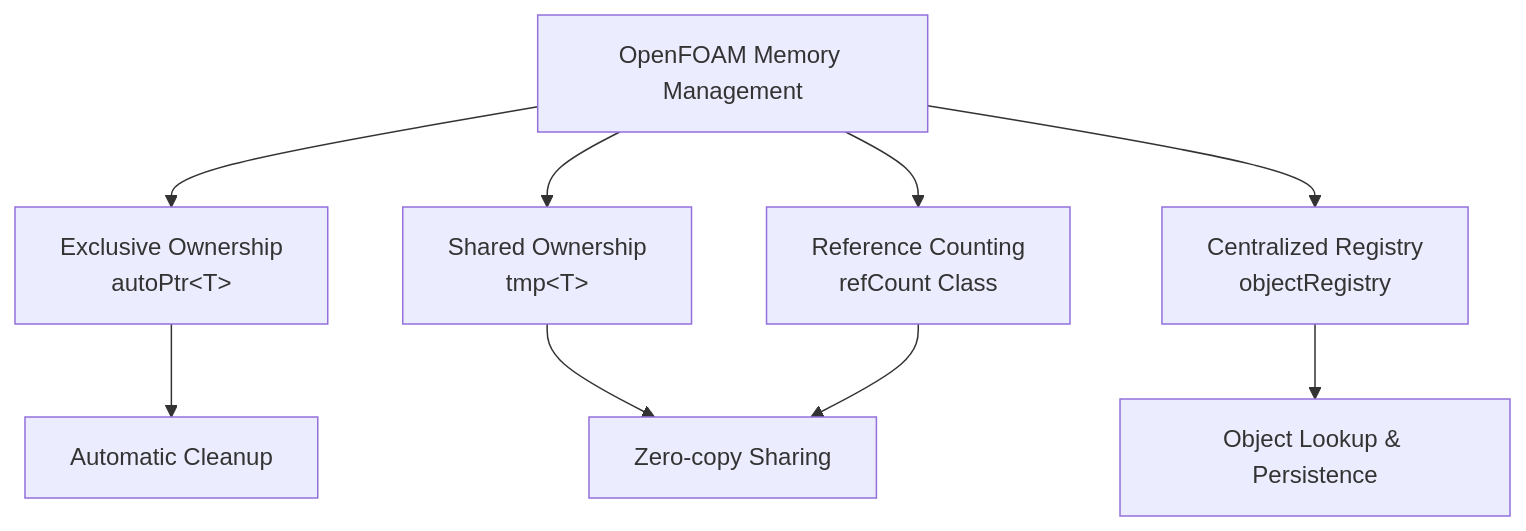
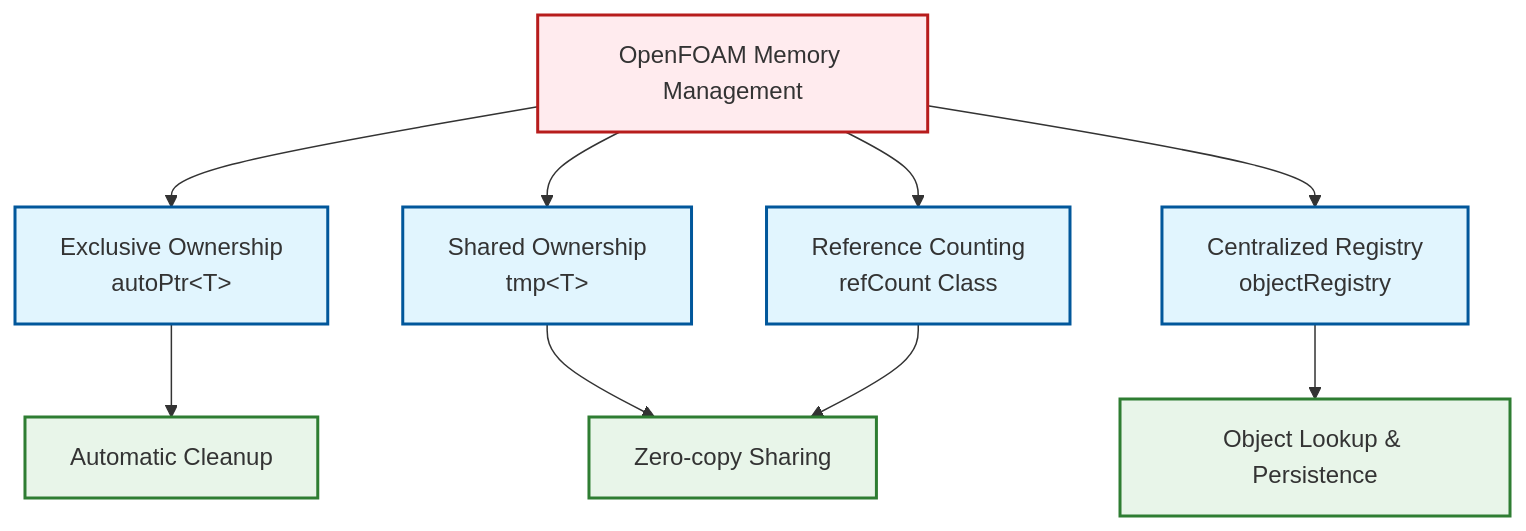
Before and after one commit to wramet/build-my-cfd: the diagram in MODULE_09_ADVANCED_TOPICS/CONTENT/04_MEMORY_MANAGEMENT/01_Introduction.md, drawn with Mermaid. The commit also changed 313 other files, not shown here.

Commit message:
Revise all diagram

````diff
--- a/MODULE_09_ADVANCED_TOPICS/CONTENT/04_MEMORY_MANAGEMENT/01_Introduction.md
+++ b/MODULE_09_ADVANCED_TOPICS/CONTENT/04_MEMORY_MANAGEMENT/01_Introduction.md
@@ -58,12 +58,14 @@
 ```mermaid
 graph TD
-    A[OpenFOAM Memory Management] --> B[Exclusive Ownership<br/>autoPtr&lt;T&gt;]
-    A --> C[Shared Ownership<br/>tmp&lt;T&gt;]
-    A --> D[Reference Counting<br/>refCount Class]
-    A --> E[Centralized Registry<br/>objectRegistry]
-
-    B --> F[Automatic Cleanup]
-    C --> G[Zero-copy Sharing]
-    D --> G
-    E --> H[Object Lookup & Persistence]
+classDef implicit fill:#e1f5fe,stroke:#01579b,stroke-width:2px
+classDef explicit fill:#ffebee,stroke:#b71c1c,stroke-width:2px
+classDef success fill:#e8f5e9,stroke:#2e7d32,stroke-width:2px
+A[OpenFOAM Memory Management]:::explicit --> B[Exclusive Ownership<br/>autoPtr&lt;T&gt;]:::implicit
+A --> C[Shared Ownership<br/>tmp&lt;T&gt;]:::implicit
+A --> D[Reference Counting<br/>refCount Class]:::implicit
+A --> E[Centralized Registry<br/>objectRegistry]:::implicit
+B --> F[Automatic Cleanup]:::success
+C --> G[Zero-copy Sharing]:::success
+D --> G
+E --> H[Object Lookup & Persistence]:::success
 ```
````
